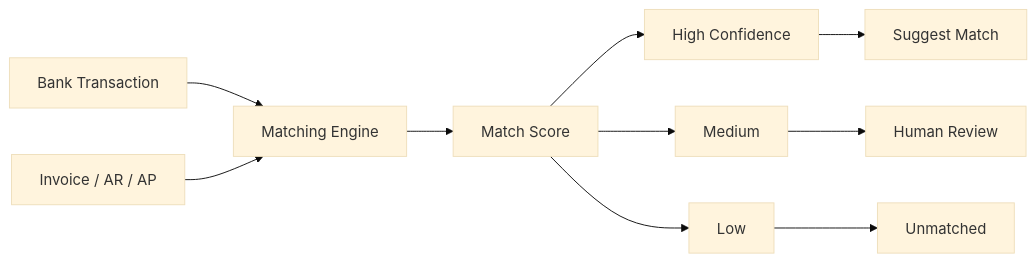
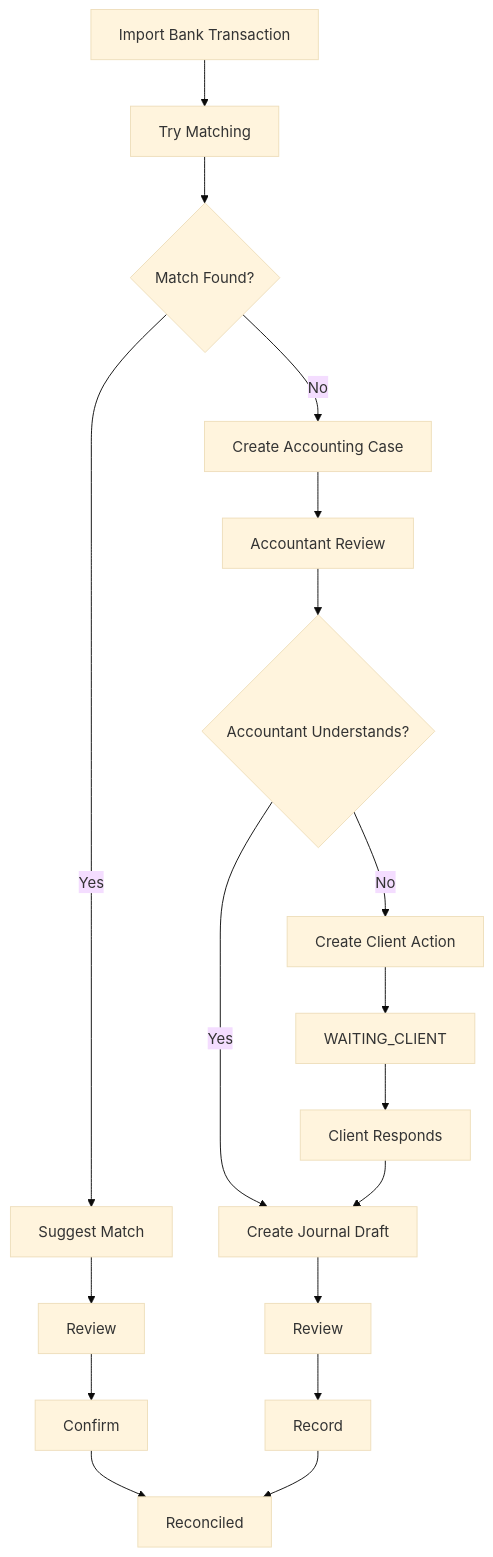
The eighth of 22 diagrams in tdd.md (huynv81/tomtax), drawn with Mermaid (base theme) before and after one commit. The commit also changed other lines of this file, not shown here.

````diff
--- a/tdd.md
+++ b/tdd.md
@@ -1056,18 +376,24 @@
 ```mermaid
-flowchart LR
-    BT[Bank Transaction]
-    INV[Invoice / AR / AP]
+flowchart TD
+    A[Import Bank Transaction] --> B[Try Matching]
+    B --> C{Match Found?}
 
-    BT --> MATCH[Matching Engine]
-    INV --> MATCH
+    C -->|Yes| D[Suggest Match]
+    D --> E[Review]
+    E --> F[Confirm]
+    F --> G[Reconciled]
 
-    MATCH --> SCORE[Match Score]
+    C -->|No| H[Create Accounting Case]
+    H --> I[Accountant Review]
+    I --> J{Accountant Understands?}
 
-    SCORE --> HIGH[High Confidence]
-    SCORE --> MED[Medium]
-    SCORE --> LOW[Low]
+    J -->|Yes| K[Create Journal Draft]
+    J -->|No| L[Create Client Action]
+    L --> M[WAITING_CLIENT]
+    M --> N[Client Responds]
+    N --> K
 
-    HIGH --> SUGGEST[Suggest Match]
-    MED --> REVIEW[Human Review]
-    LOW --> OPEN[Unmatched]
+    K --> O[Review]
+    O --> P[Record]
+    P --> G
 ```
````
